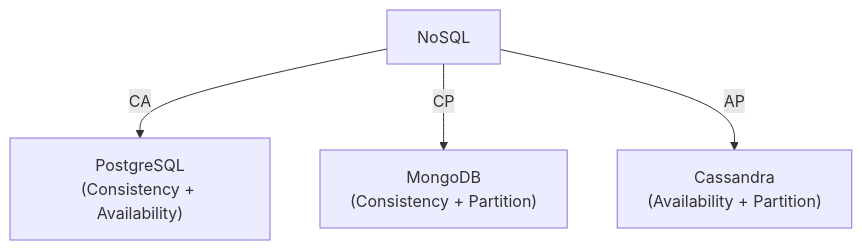
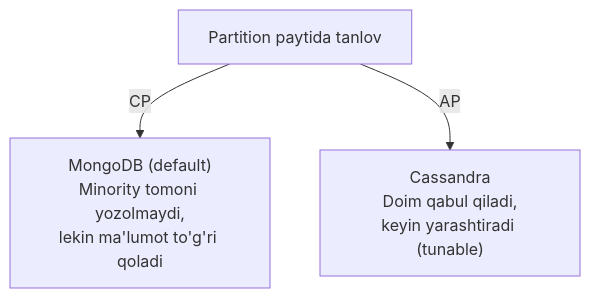
One commit to Otajonoov/dev changed the sixth of 6 diagrams in System Design/2. Ma'lumotlar Saqlash/1. SQL vs NoSQL.md. Above: the diagram before and after it, drawn with Mermaid. The commit also changed other lines of this file and 240 other files, not shown here.

````diff
--- a/System Design/2. Ma'lumotlar Saqlash/1. SQL vs NoSQL.md
+++ b/System Design/2. Ma'lumotlar Saqlash/1. SQL vs NoSQL.md
@@ -119,6 +213,5 @@
 ```mermaid
 graph TD
-    NoSQL -->|CA| PostgreSQL["PostgreSQL\n(Consistency + Availability)"]
-    NoSQL -->|CP| MongoDB["MongoDB\n(Consistency + Partition)"]
-    NoSQL -->|AP| Cassandra["Cassandra\n(Availability + Partition)"]
+    CAP["Partition paytida tanlov"] -->|CP| MongoDB["MongoDB (default)<br/>Minority tomoni yozolmaydi,<br/>lekin ma'lumot to'g'ri qoladi"]
+    CAP -->|AP| Cassandra["Cassandra<br/>Doim qabul qiladi,<br/>keyin yarashtiradi (tunable)"]
 ```
````
